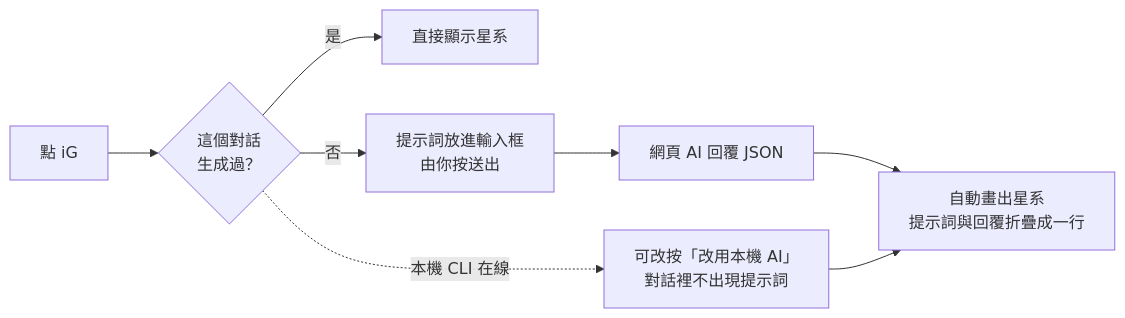
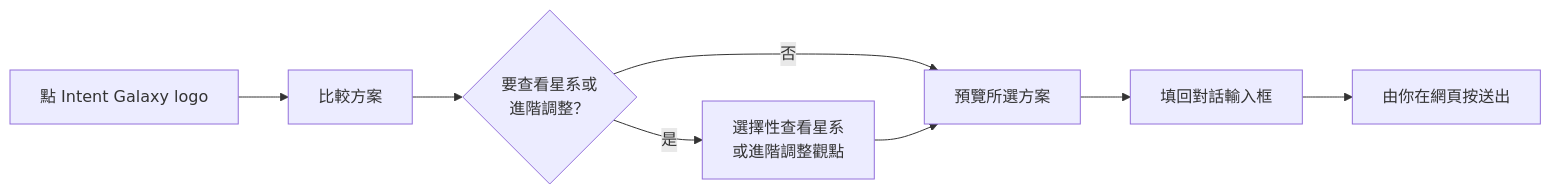
One commit to stephen-taipei/intent-galaxy changed the fourth of 4 diagrams in README.zh-TW.md. Above: the diagram before and after it, drawn with Mermaid. The commit also changed other lines of this file and 157 other files, not shown here.

````diff
--- a/README.zh-TW.md
+++ b/README.zh-TW.md
@@ -235,10 +237,10 @@
 ```mermaid
 flowchart LR
-    A["點 iG"] --> B{"這個對話<br/>生成過？"}
-    B -- 是 --> C["直接顯示星系"]
-    B -- 否 --> D["提示詞放進輸入框<br/>由你按送出"]
-    D --> E["網頁 AI 回覆 JSON"]
-    E --> F["自動畫出星系<br/>提示詞與回覆折疊成一行"]
-    B -. 本機 CLI 在線 .-> G["可改按「改用本機 AI」<br/>對話裡不出現提示詞"]
-    G --> F
+    A["點 Intent Galaxy logo"] --> B["比較方案"]
+    B --> C{"要查看星系或<br/>進階調整？"}
+    C -- 是 --> D["選擇性查看星系<br/>或進階調整觀點"]
+    C -- 否 --> E["預覽所選方案"]
+    D --> E
+    E --> F["填回對話輸入框"]
+    F --> G["由你在網頁按送出"]
 ```
````
